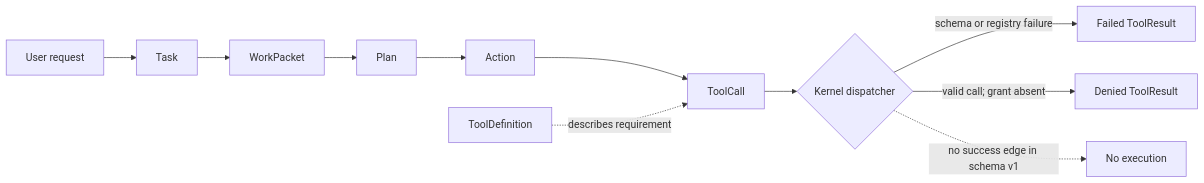
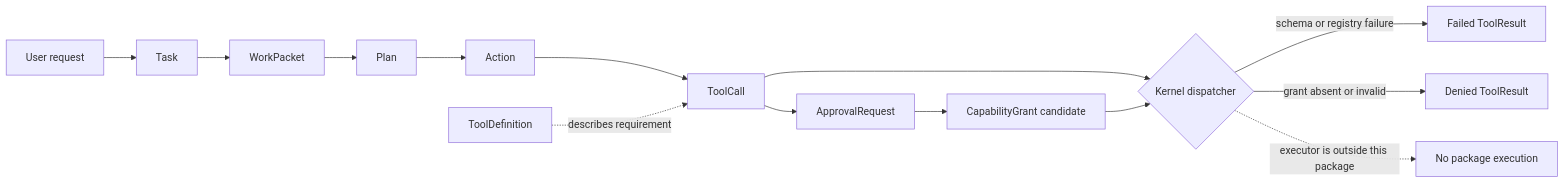
The first of 2 diagrams in docs/architecture/kernel-contract-reference.md (AaronNHorvitz/AgentMage), drawn with Mermaid before and after one commit. The commit also changed other lines of this file and 2 other files, not shown here.

````diff
--- a/docs/architecture/kernel-contract-reference.md
+++ b/docs/architecture/kernel-contract-reference.md
@@ -30,13 +32,16 @@
 ```mermaid
 flowchart LR
     U["User request"] --> T["Task"]
     T --> W["WorkPacket"]
     W --> P["Plan"]
     P --> A["Action"]
     A --> C["ToolCall"]
     D["ToolDefinition"] -. "describes requirement" .-> C
+    C --> R["ApprovalRequest"]
+    R --> G["CapabilityGrant candidate"]
     C --> K{"Kernel dispatcher"}
+    G --> K
     K -->|"schema or registry failure"| F["Failed ToolResult"]
-    K -->|"valid call; grant absent"| X["Denied ToolResult"]
-    K -. "no success edge in schema v1" .-> N["No execution"]
+    K -->|"grant absent or invalid"| X["Denied ToolResult"]
+    K -. "executor is outside this package" .-> N["No package execution"]
 ```
````
